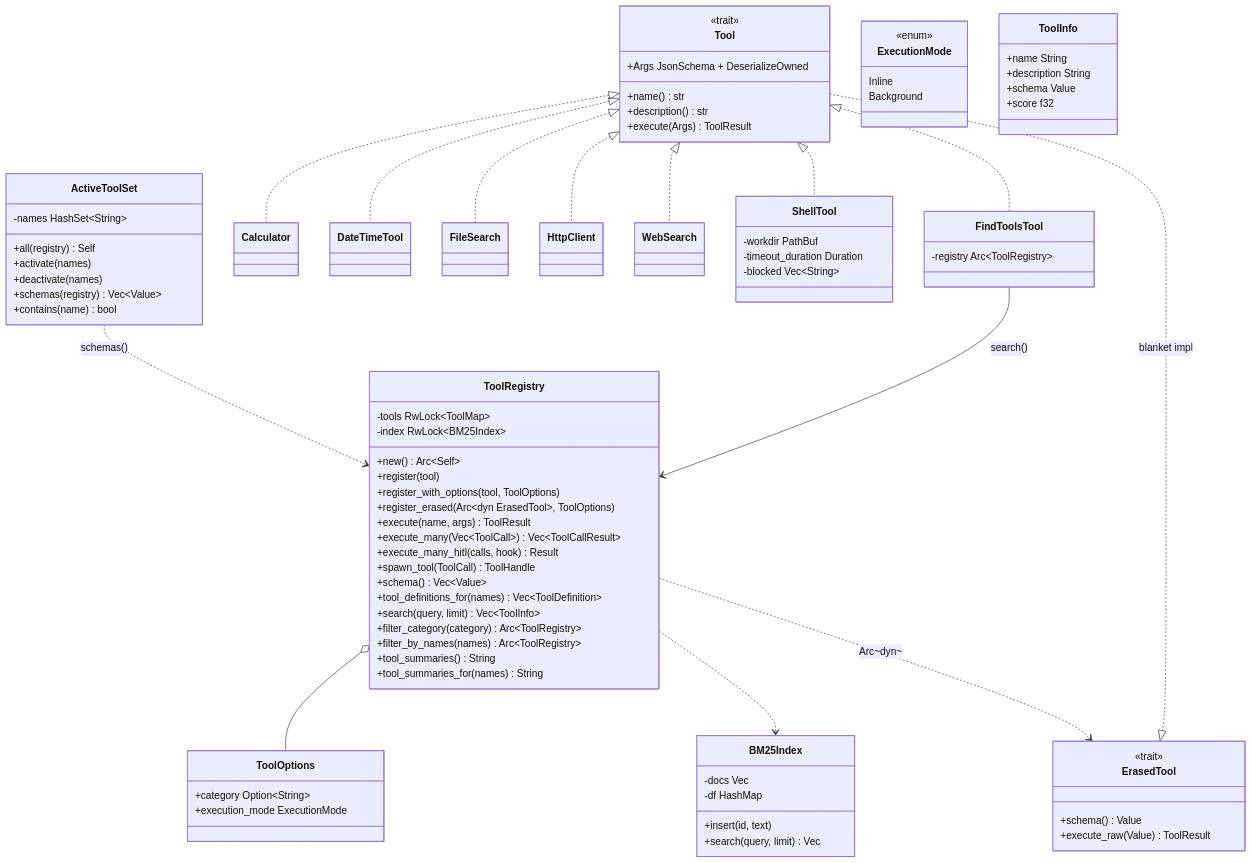
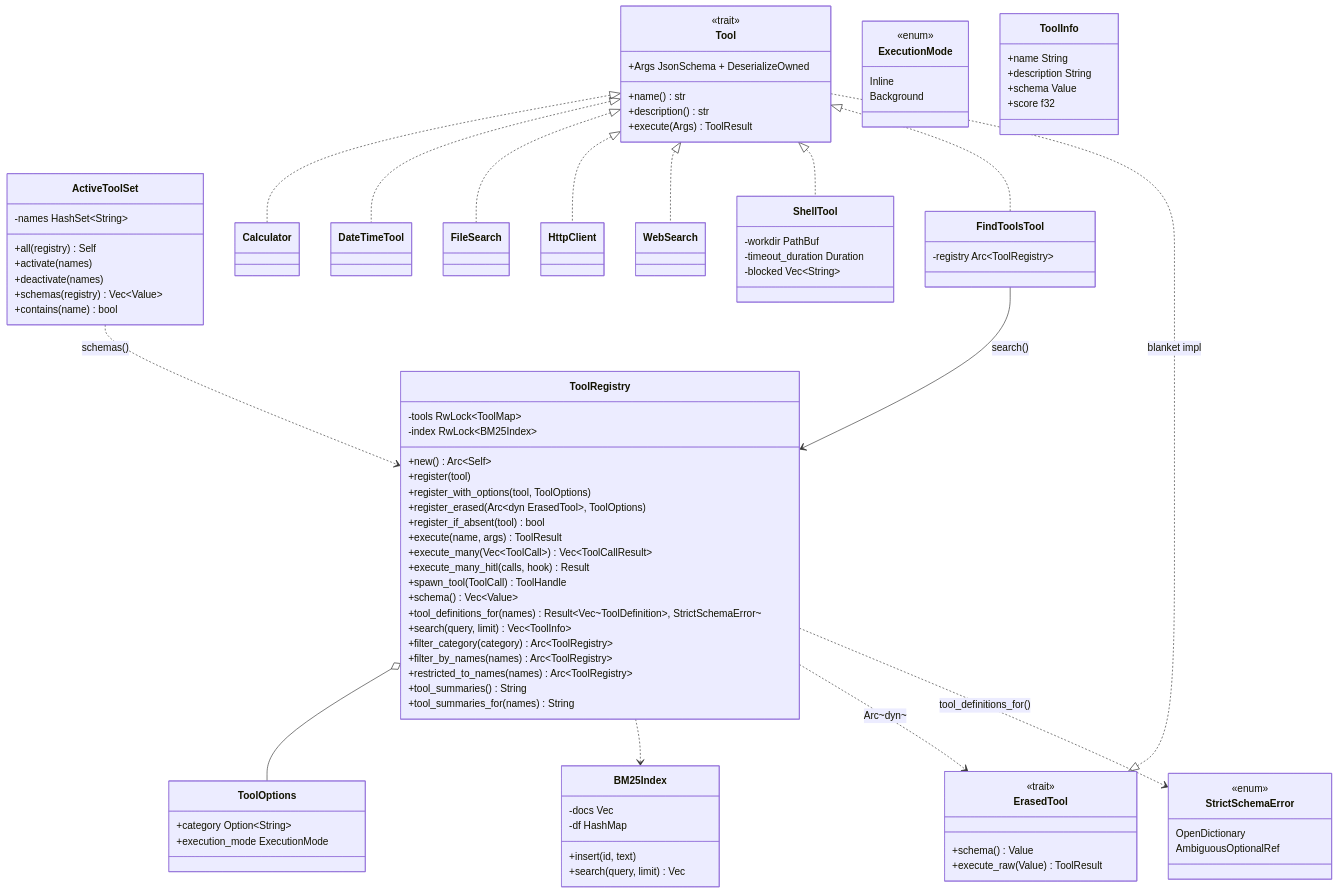
One commit to sirius-zuo/agentverse changed the diagram in wiki/tools.md. Above: the diagram before and after it, drawn with Mermaid. The commit also changed other lines of this file, not shown here.

Commit message:
docs(wiki): refresh tools.md for PR #35 strict schema adapter

````diff
--- a/wiki/tools.md
+++ b/wiki/tools.md
@@ -64,15 +66,17 @@
         +register(tool)
         +register_with_options(tool, ToolOptions)
         +register_erased(Arc~dyn ErasedTool~, ToolOptions)
+        +register_if_absent(tool) bool
         +execute(name, args) ToolResult
         +execute_many(Vec~ToolCall~) Vec~ToolCallResult~
         +execute_many_hitl(calls, hook) Result
         +spawn_tool(ToolCall) ToolHandle
         +schema() Vec~Value~
-        +tool_definitions_for(names) Vec~ToolDefinition~
+        +tool_definitions_for(names) Result~Vec~ToolDefinition~, StrictSchemaError~
         +search(query, limit) Vec~ToolInfo~
         +filter_category(category) Arc~ToolRegistry~
         +filter_by_names(names) Arc~ToolRegistry~
+        +restricted_to_names(names) Arc~ToolRegistry~
         +tool_summaries() String
         +tool_summaries_for(names) String
     }
@@ -84,6 +88,11 @@
         <<enum>>
         Inline
         Background
+    }
+    class StrictSchemaError {
+        <<enum>>
+        OpenDictionary
+        AmbiguousOptionalRef
     }
     class ActiveToolSet {
         -names HashSet~String~
@@ -124,6 +133,7 @@
     ToolRegistry o-- ToolOptions
     ToolRegistry ..> BM25Index
     ToolRegistry ..> ErasedTool : Arc~dyn~
+    ToolRegistry ..> StrictSchemaError : tool_definitions_for()
     ActiveToolSet ..> ToolRegistry : schemas()
     FindToolsTool --> ToolRegistry : search()
 ```
````
